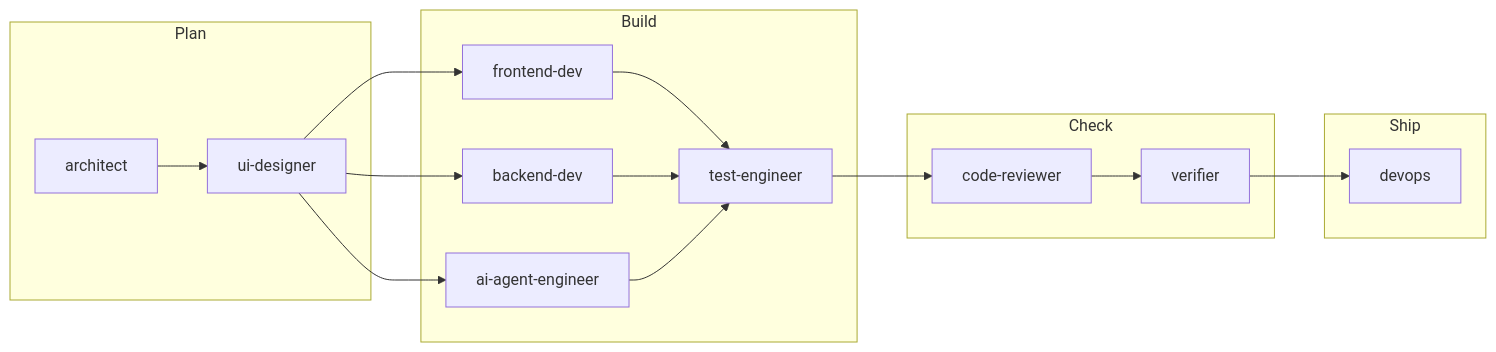
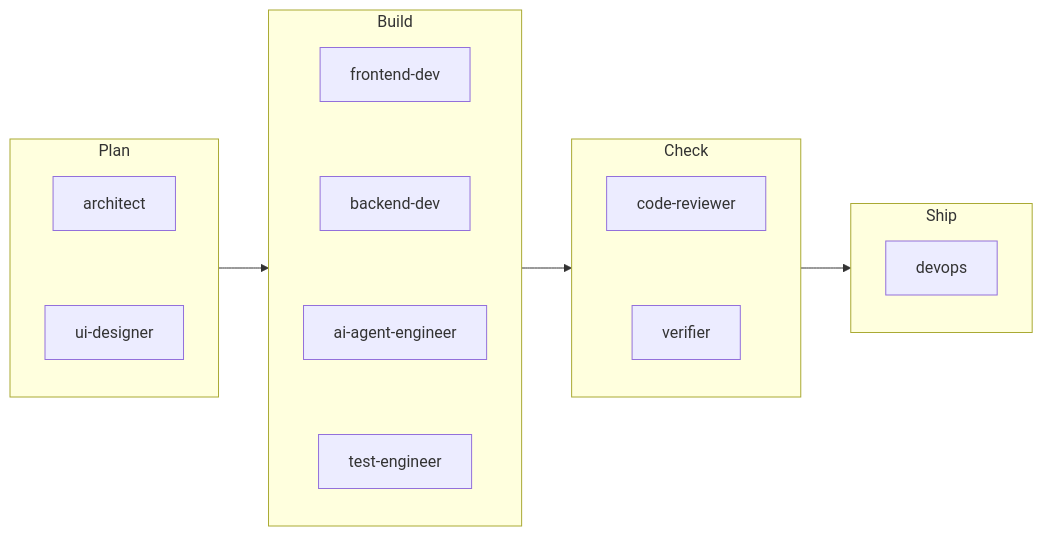
The diagram in docs/personas.md (suryas91/claude-skills), drawn with Mermaid before and after one commit. The commit also changed other lines of this file and 31 other files, not shown here.

````diff
--- a/docs/personas.md
+++ b/docs/personas.md
@@ -16,21 +12,20 @@
 ```mermaid
 flowchart LR
     subgraph Plan
-        A[architect]
-        D[ui-designer]
+        direction TB
+        A[architect] ~~~ D[ui-designer]
     end
     subgraph Build
-        F[frontend-dev]
-        B[backend-dev]
-        AI[ai-agent-engineer]
-        T[test-engineer]
+        direction TB
+        F[frontend-dev] ~~~ B[backend-dev] ~~~ AI[ai-agent-engineer] ~~~ T[test-engineer]
     end
     subgraph Check
-        R[code-reviewer]
-        V[verifier]
+        direction TB
+        R[code-reviewer] ~~~ V[verifier]
     end
     subgraph Ship
+        direction TB
         O[devops]
     end
-    A --> D --> F & B & AI --> T --> R --> V --> O
+    Plan --> Build --> Check --> Ship
 ```
````
